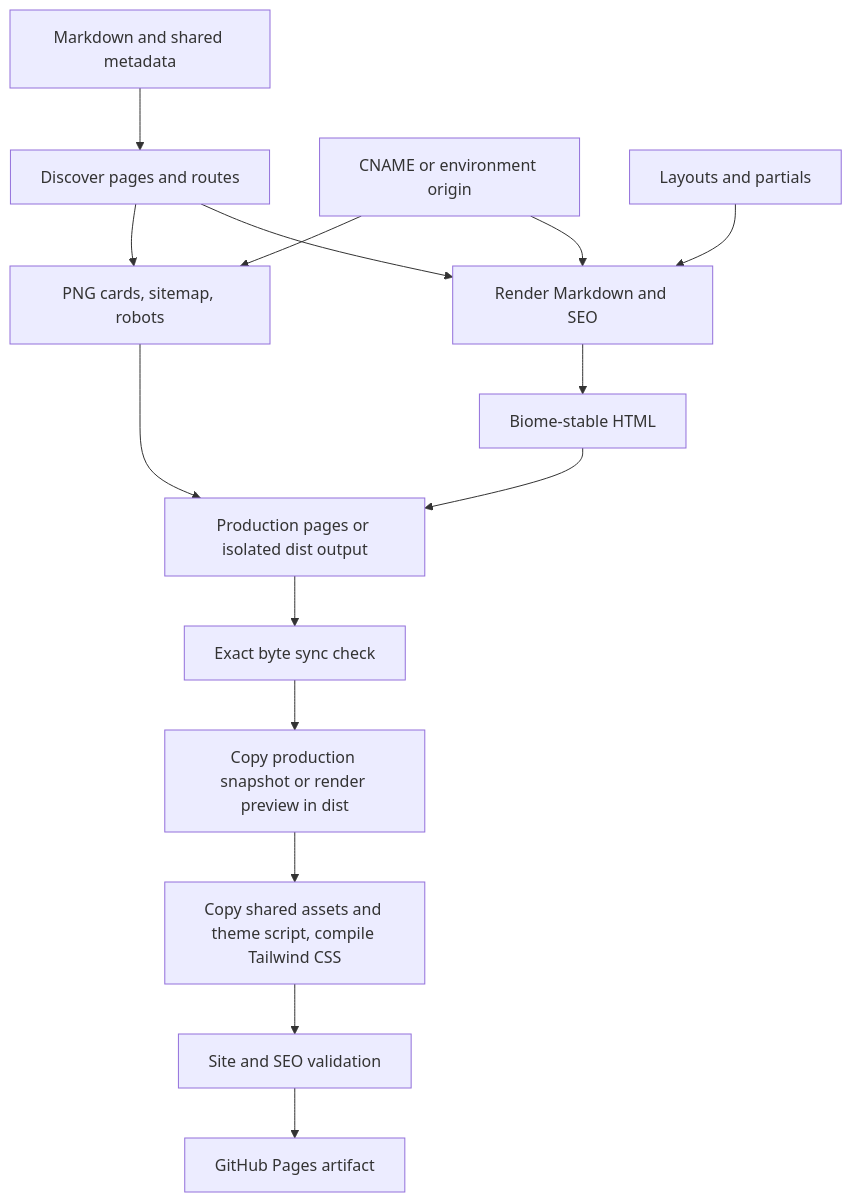
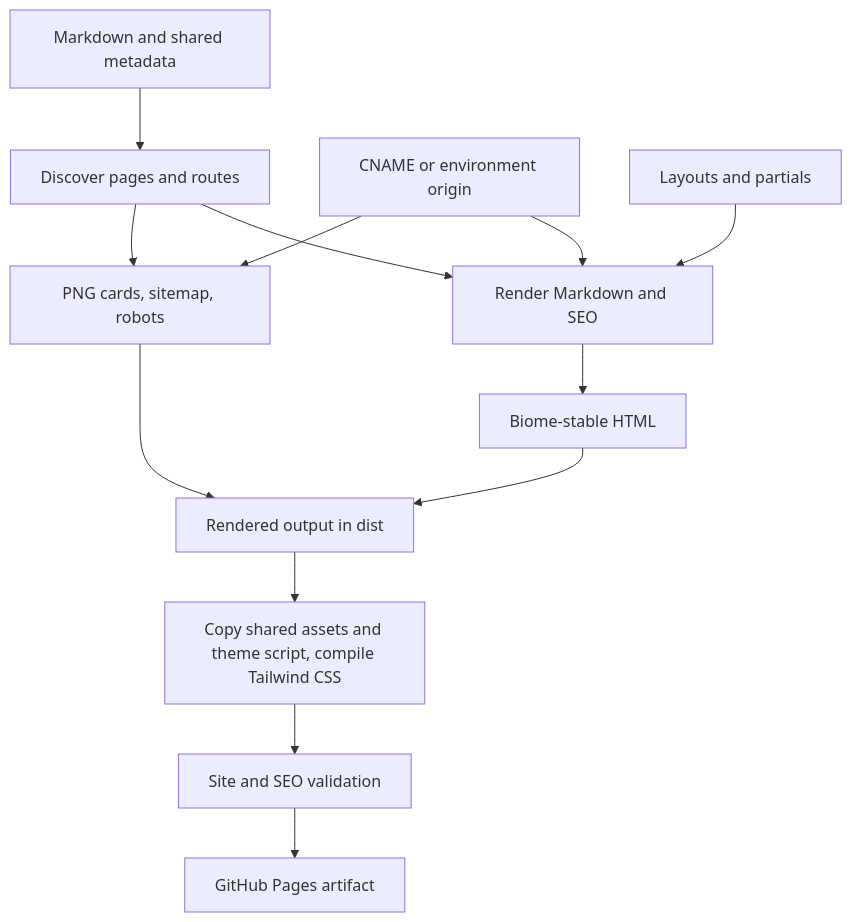
Before and after one commit to pulkitxm/pulkit.page: the diagram in docs/rendering-flow.md, drawn with Mermaid. The commit also changed other lines of this file and 161 other files, not shown here.

First line of the commit message:
Render builds straight into dist (#20)

````diff
--- a/docs/rendering-flow.md
+++ b/docs/rendering-flow.md
@@ -7,17 +7,15 @@
 ```mermaid
 flowchart TD
   A[Markdown and shared metadata] --> B[Discover pages and routes]
   O[CNAME or environment origin] --> C[Render Markdown and SEO]
   B --> C
   L[Layouts and partials] --> C
   C --> D[Biome-stable HTML]
   B --> E[PNG cards, sitemap, robots]
   O --> E
-  D --> F[Production pages or isolated dist output]
+  D --> F[Rendered output in dist]
   E --> F
-  F --> G[Exact byte sync check]
-  G --> H[Copy production snapshot or render preview in dist]
-  H --> I[Copy shared assets and theme script, compile Tailwind CSS]
+  F --> I[Copy shared assets and theme script, compile Tailwind CSS]
   I --> J[Site and SEO validation]
   J --> K[GitHub Pages artifact]
 ```
````
